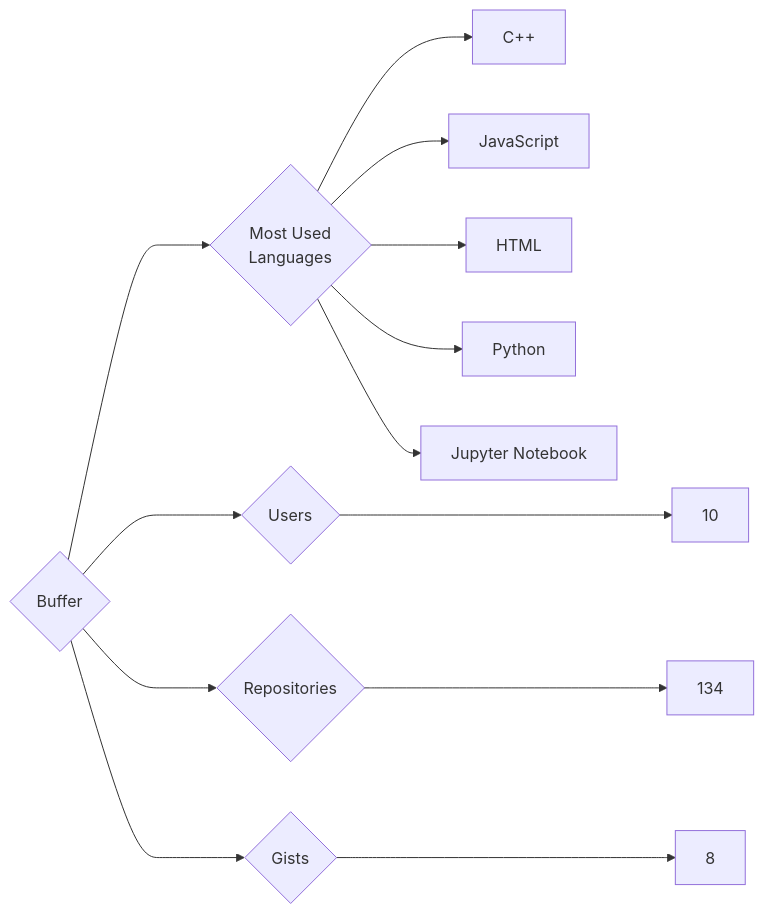
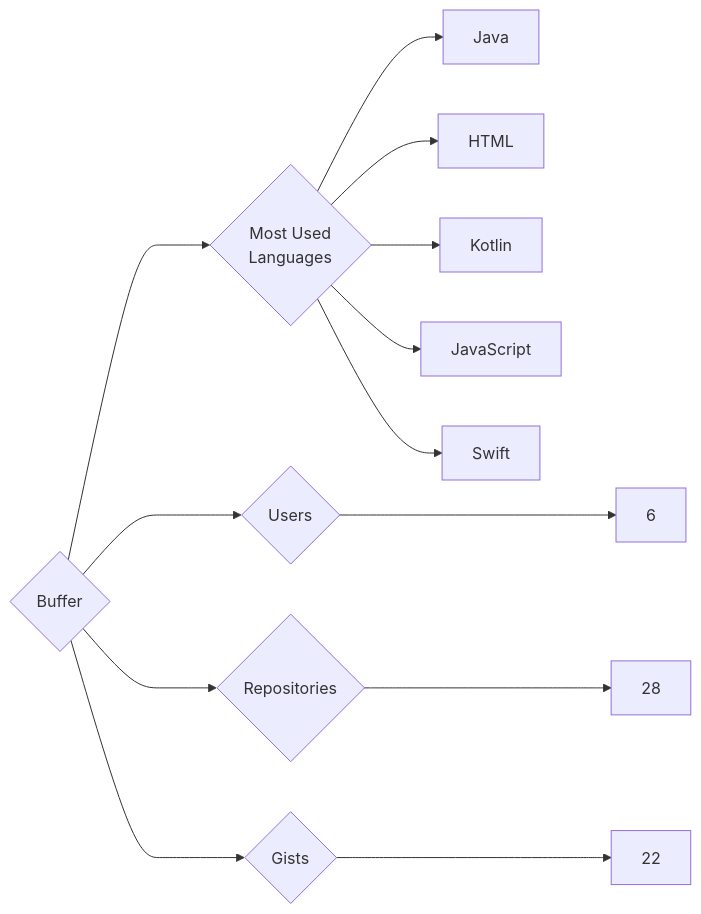
The diagram in targets/Buffer/README.md (trickest/insiders), drawn with Mermaid before and after one commit. The commit also changed 823 other files, not shown here.

````diff
--- a/targets/Buffer/README.md
+++ b/targets/Buffer/README.md
@@ -3,13 +3,13 @@
 ```mermaid
 graph LR
 COMPANY_NAME{Buffer}
-COMPANY_NAME ---> U{Users} ---> UN[10]
-COMPANY_NAME ---> R{Repositories} ---> RN[134]
-COMPANY_NAME ---> G{Gists} ---> GN[8]
+COMPANY_NAME ---> U{Users} ---> UN[6]
+COMPANY_NAME ---> R{Repositories} ---> RN[28]
+COMPANY_NAME ---> G{Gists} ---> GN[22]
 COMPANY_NAME ---> ML{Most Used<br>Languages}
-ML --> C++[C++]
+ML --> Java[Java]
+ML --> HTML[HTML]
+ML --> Kotlin[Kotlin]
 ML --> JavaScript[JavaScript]
-ML --> HTML[HTML]
-ML --> Python[Python]
-ML --> Jupyter_Notebook[Jupyter Notebook]
+ML --> Swift[Swift]
 ```
````
